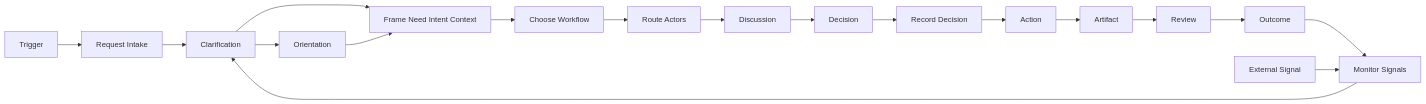
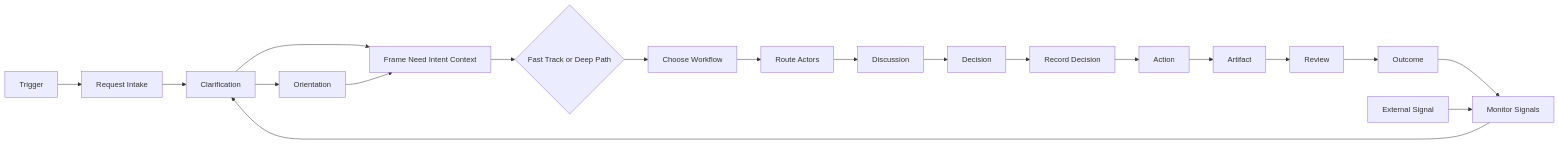
Before and after one commit to popcoondev/ai-organization-framework: the first of 2 diagrams in docs/runtime-sdk.md, drawn with Mermaid. The commit also changed other lines of this file and 7 other files, not shown here.

Commit message:
Add operational safeguards and decision log schema

````diff
--- a/docs/runtime-sdk.md
+++ b/docs/runtime-sdk.md
@@ -127,24 +134,25 @@
 ```mermaid
 flowchart LR
     trigger[Trigger]
     intake[Request Intake]
     clarify[Clarification]
     orient[Orientation]
     frame[Frame Need Intent Context]
+    route_mode{Fast Track or Deep Path}
     choose[Choose Workflow]
     route[Route Actors]
     discuss[Discussion]
     decide[Decision]
     record[Record Decision]
     act[Action]
     artifact[Artifact]
     review[Review]
     outcome[Outcome]
     signal[External Signal]
     monitor[Monitor Signals]
 
-    trigger --> intake --> clarify --> frame --> choose --> route --> discuss --> decide --> record --> act --> artifact --> review --> outcome --> monitor
+    trigger --> intake --> clarify --> frame --> route_mode --> choose --> route --> discuss --> decide --> record --> act --> artifact --> review --> outcome --> monitor
     clarify --> orient --> frame
     signal --> monitor
     monitor --> clarify
 ```
````
